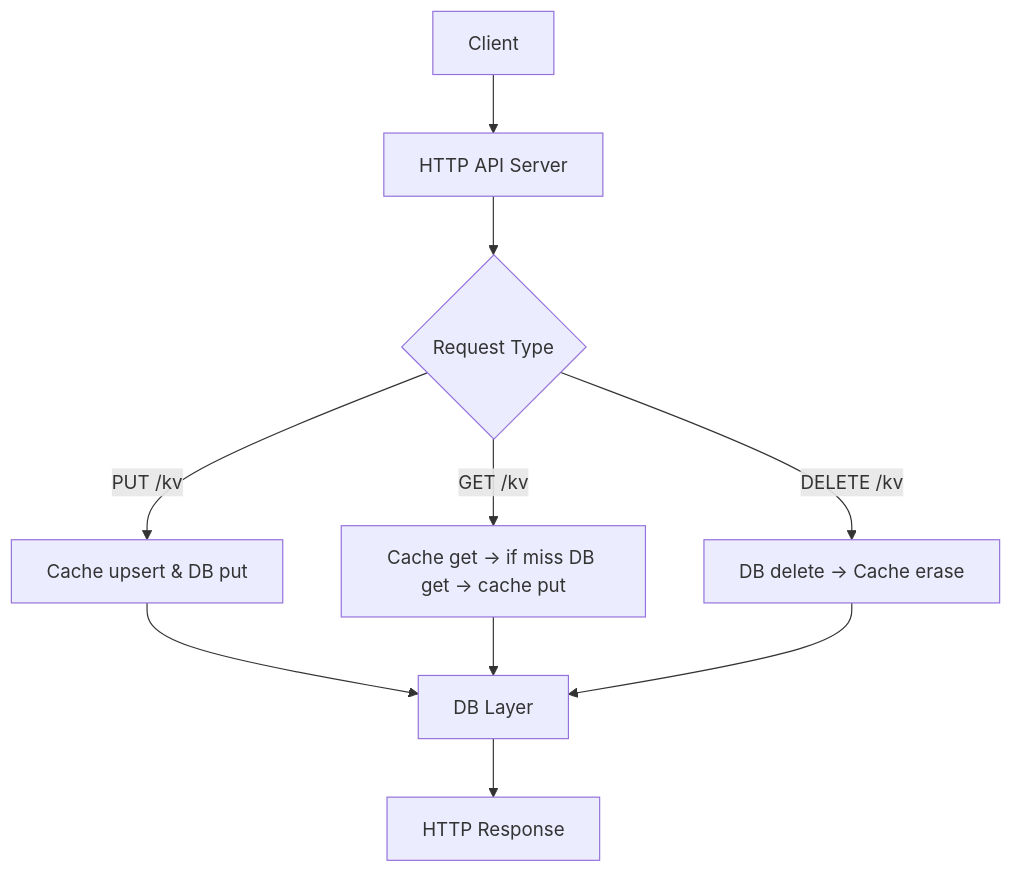
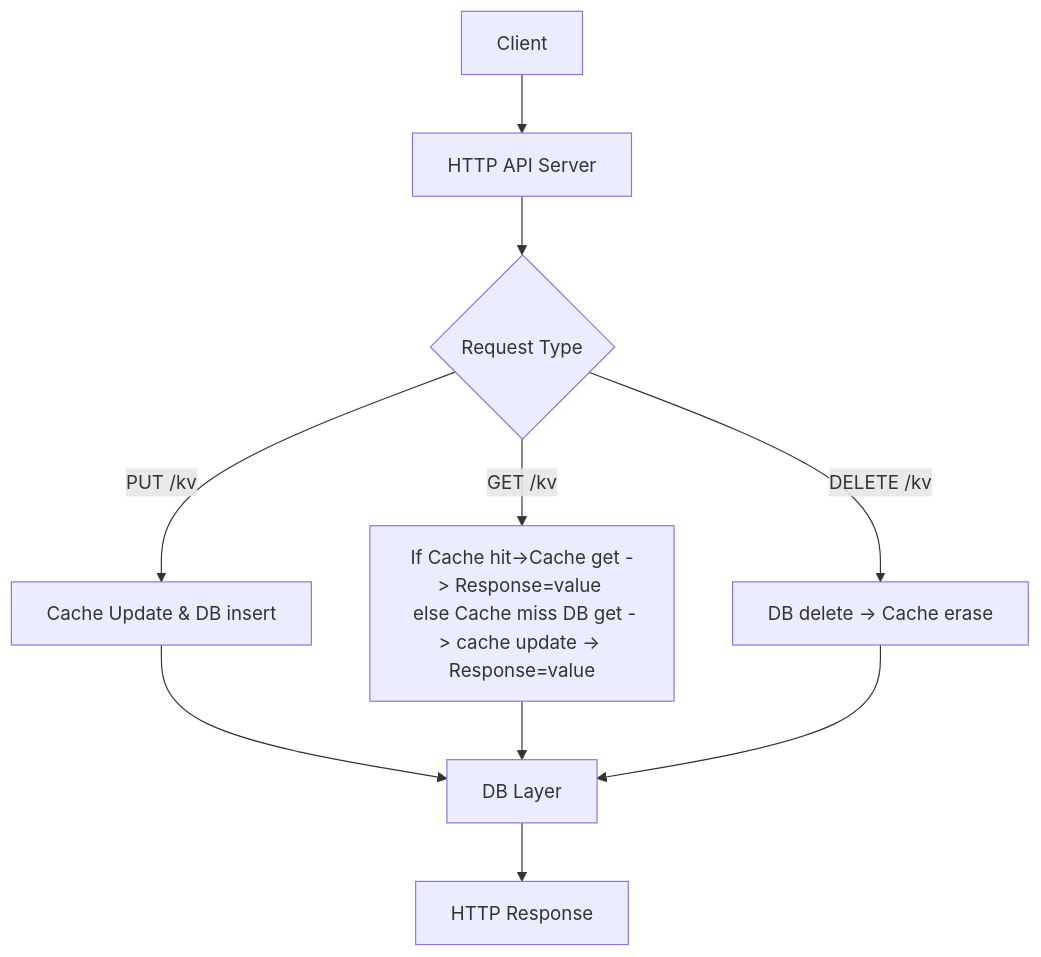
The diagram in Readme.md (DibyanshGupta/CS744-Project-), drawn with Mermaid before and after one commit.

````diff
--- a/Readme.md
+++ b/Readme.md
@@ -50,22 +50,22 @@
 ```mermaid
 
 graph TD
 
 A[Client] --> B[HTTP API Server]
 
 B --> C{Request Type}
 
-C -- PUT /kv--> D[Cache upsert & DB put]
+C -- PUT /kv--> D[Cache Update & DB insert]
 
-C -- GET /kv--> E[Cache get -> if miss DB get -> cache put]
+C -- GET /kv--> E[If Cache hit->Cache get -> Response=value <br> else Cache miss DB get -> cache update -> Response=value]
 
 C -- DELETE /kv--> F[DB delete -> Cache erase]
 
 D --> G[DB Layer]
 
 E --> G
 
 F --> G
 
 G --> H[HTTP Response]
 ```
````
